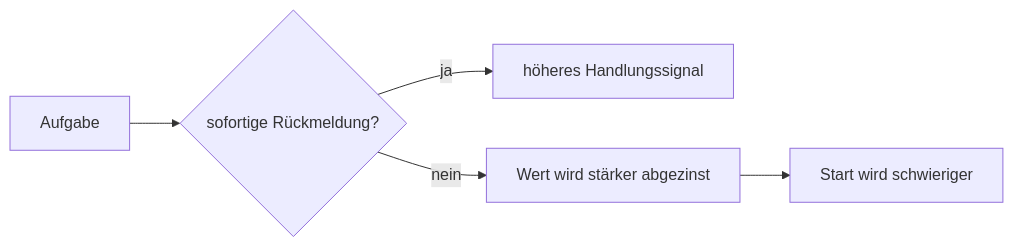
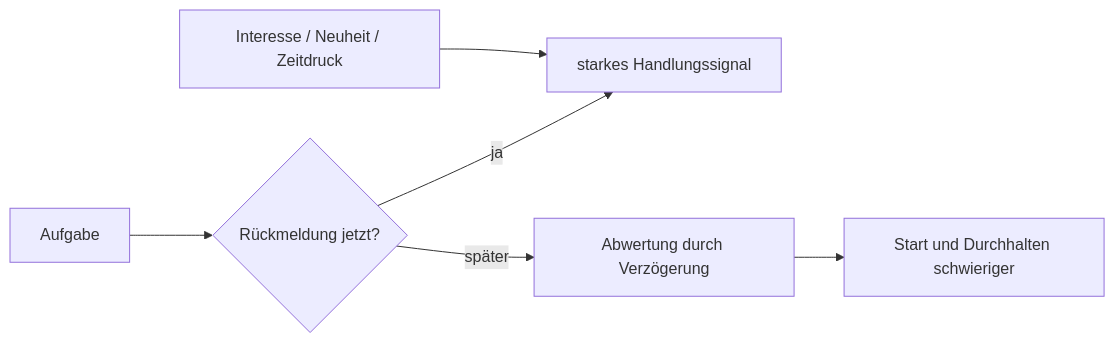
One commit to H234598/ADHS-Lernpfad changed the diagram in 01-Grundlagen/03-Dopamin-Belohnung-und-Motivation.md. Above: the diagram before and after it, drawn with Mermaid. The commit also changed other lines of this file and 12 other files, not shown here.

````diff
--- a/01-Grundlagen/03-Dopamin-Belohnung-und-Motivation.md
+++ b/01-Grundlagen/03-Dopamin-Belohnung-und-Motivation.md
@@ -31,7 +37,8 @@
 ```mermaid
 flowchart LR
-  A[Aufgabe] --> B{sofortige Rückmeldung?}
-  B -->|ja| C[höheres Handlungssignal]
-  B -->|nein| D[Wert wird stärker abgezinst]
-  D --> E[Start wird schwieriger]
+  A[Aufgabe] --> B{Rückmeldung jetzt?}
+  B -->|ja| C[starkes Handlungssignal]
+  B -->|später| D[Abwertung durch Verzögerung]
+  D --> E[Start und Durchhalten schwieriger]
+  F[Interesse / Neuheit / Zeitdruck] --> C
 ```
````
